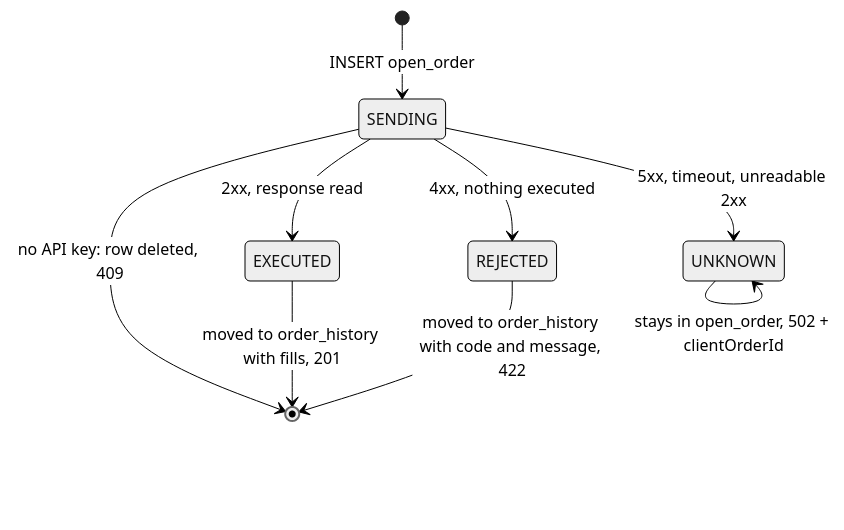
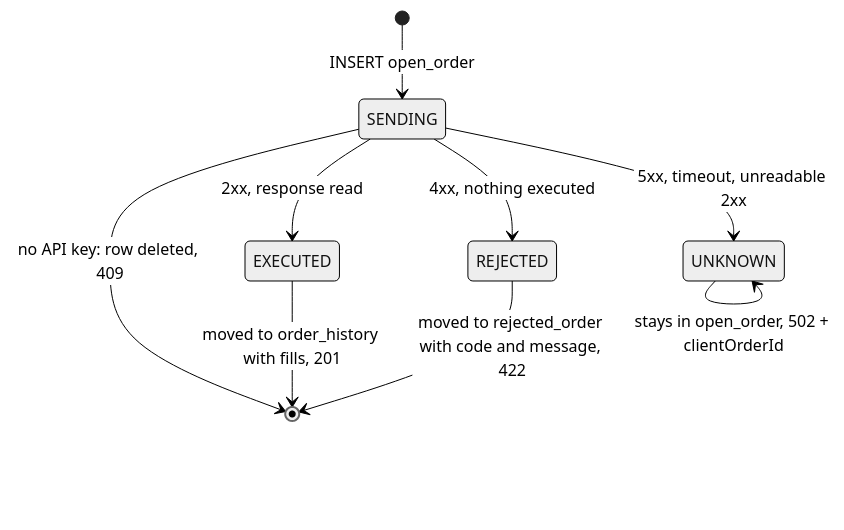
Diagram 12 of 20 in docs/ARCHITECTURE.md (ShadowOfDiablo/t212-coding-task), drawn with Mermaid (neutral theme) before and after one commit. The commit also changed other lines of this file and 13 other files, not shown here.

````diff
--- a/docs/ARCHITECTURE.md
+++ b/docs/ARCHITECTURE.md
@@ -461,11 +461,11 @@
 ```mermaid
 stateDiagram-v2
     [*] --> SENDING: INSERT open_order
     SENDING --> EXECUTED: 2xx, response read
     SENDING --> REJECTED: 4xx, nothing executed
     SENDING --> UNKNOWN: 5xx, timeout, unreadable 2xx
     SENDING --> [*]: no API key: row deleted, 409
     EXECUTED --> [*]: moved to order_history with fills, 201
-    REJECTED --> [*]: moved to order_history with code and message, 422
+    REJECTED --> [*]: moved to rejected_order with code and message, 422
     UNKNOWN --> UNKNOWN: stays in open_order, 502 + clientOrderId
 ```
````
